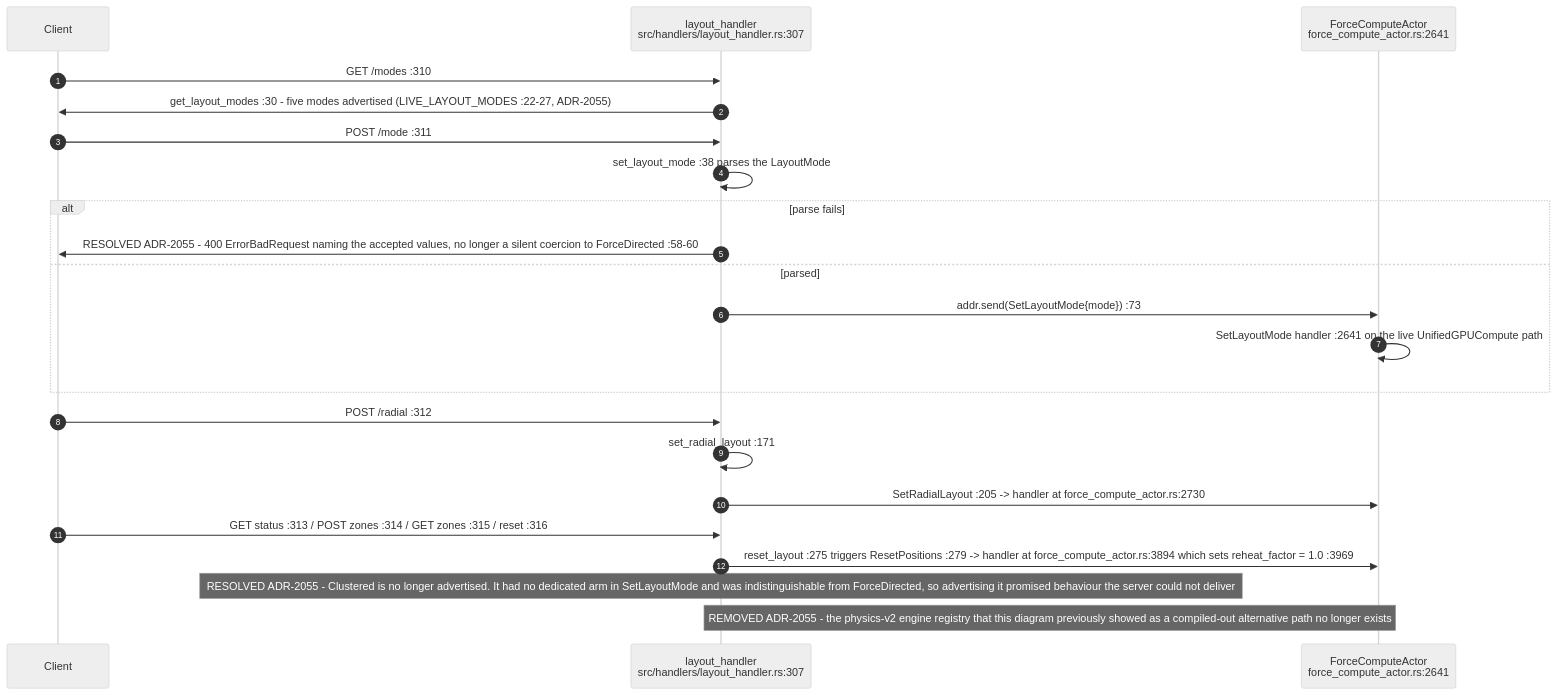
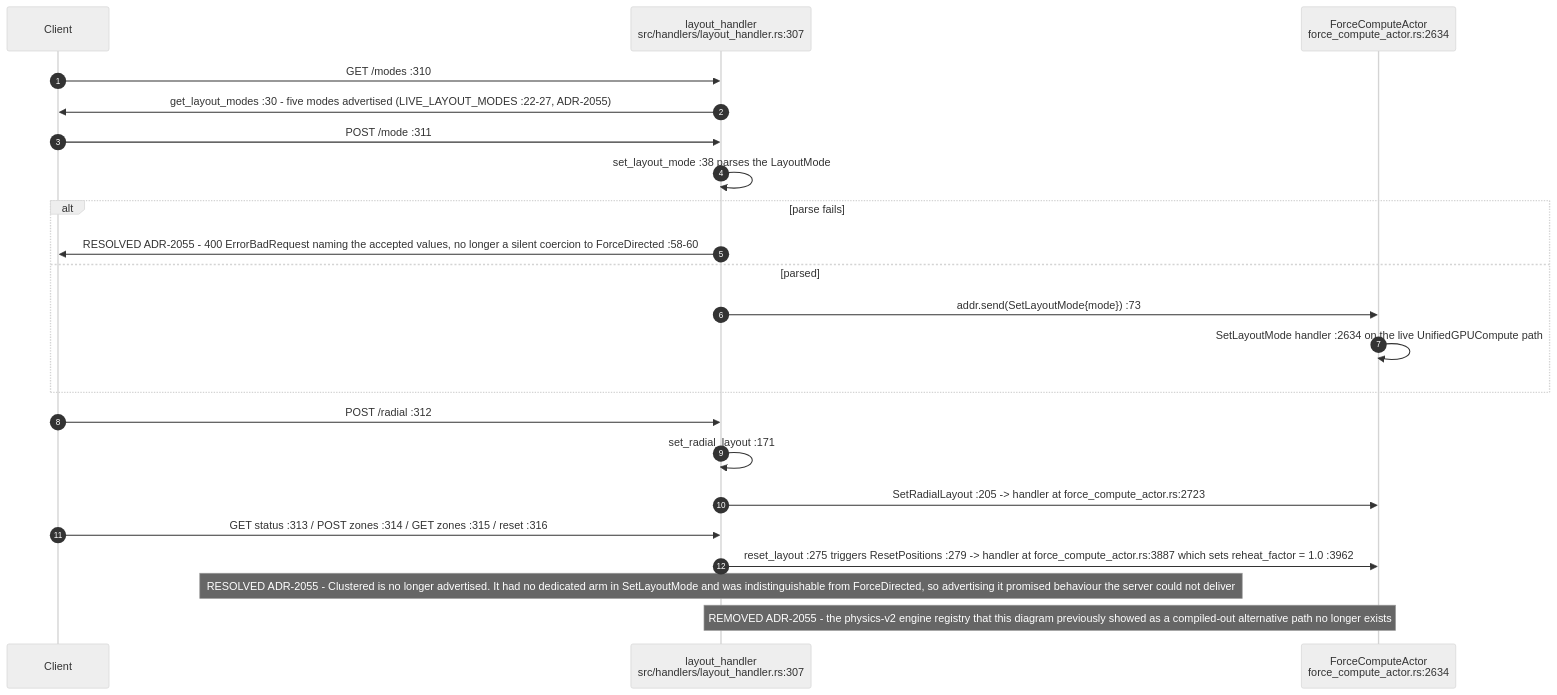
The fifth of 8 diagrams in docs/diagrams/visionclaw/16-interaction-drag-pin-layout.md (DreamLab-AI/VisionFlow), drawn with Mermaid (neutral theme) before and after one commit. The commit also changed other lines of this file and 94 other files, not shown here.

First line of the commit message:
docs(diagrams): re-verify 130 topics against 2 October HEADs

````diff
--- a/docs/diagrams/visionclaw/16-interaction-drag-pin-layout.md
+++ b/docs/diagrams/visionclaw/16-interaction-drag-pin-layout.md
@@ -148,25 +152,25 @@
 ```mermaid
 sequenceDiagram
     autonumber
     participant C as Client
     participant LH as layout_handler<br/>src/handlers/layout_handler.rs:307
-    participant FCA as ForceComputeActor<br/>force_compute_actor.rs:2641
+    participant FCA as ForceComputeActor<br/>force_compute_actor.rs:2634
 
     C->>LH: GET /modes :310
     LH->>C: get_layout_modes :30 - five modes advertised (LIVE_LAYOUT_MODES :22-27, ADR-2055)
     C->>LH: POST /mode :311
     LH->>LH: set_layout_mode :38 parses the LayoutMode
     alt parse fails
         LH->>C: RESOLVED ADR-2055 - 400 ErrorBadRequest naming the accepted values, no longer a silent coercion to ForceDirected :58-60
     else parsed
         LH->>FCA: addr.send(SetLayoutMode{mode}) :73
-        FCA->>FCA: SetLayoutMode handler :2641 on the live UnifiedGPUCompute path
+        FCA->>FCA: SetLayoutMode handler :2634 on the live UnifiedGPUCompute path
     end
     C->>LH: POST /radial :312
     LH->>LH: set_radial_layout :171
-    LH->>FCA: SetRadialLayout :205 -> handler at force_compute_actor.rs:2730
+    LH->>FCA: SetRadialLayout :205 -> handler at force_compute_actor.rs:2723
     C->>LH: GET status :313 / POST zones :314 / GET zones :315 / reset :316
-    LH->>FCA: reset_layout :275 triggers ResetPositions :279 -> handler at force_compute_actor.rs:3894 which sets reheat_factor = 1.0 :3969
+    LH->>FCA: reset_layout :275 triggers ResetPositions :279 -> handler at force_compute_actor.rs:3887 which sets reheat_factor = 1.0 :3962
     Note over LH: RESOLVED ADR-2055 - Clustered is no longer advertised. It had no dedicated arm in SetLayoutMode and was indistinguishable from ForceDirected, so advertising it promised behaviour the server could not deliver
     Note over LH,FCA: REMOVED ADR-2055 - the physics-v2 engine registry that this diagram previously showed as a compiled-out alternative path no longer exists
 ```
````
